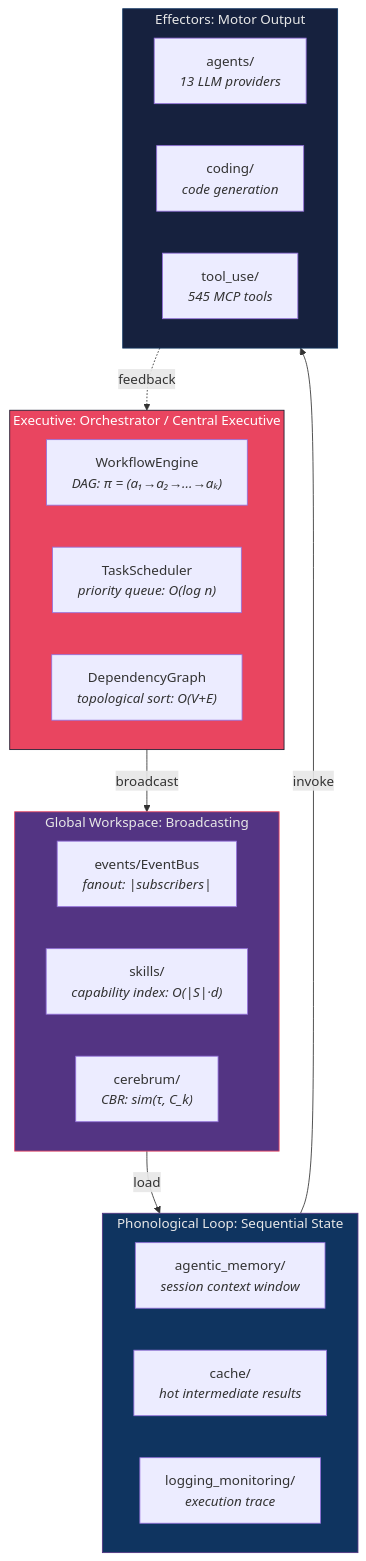
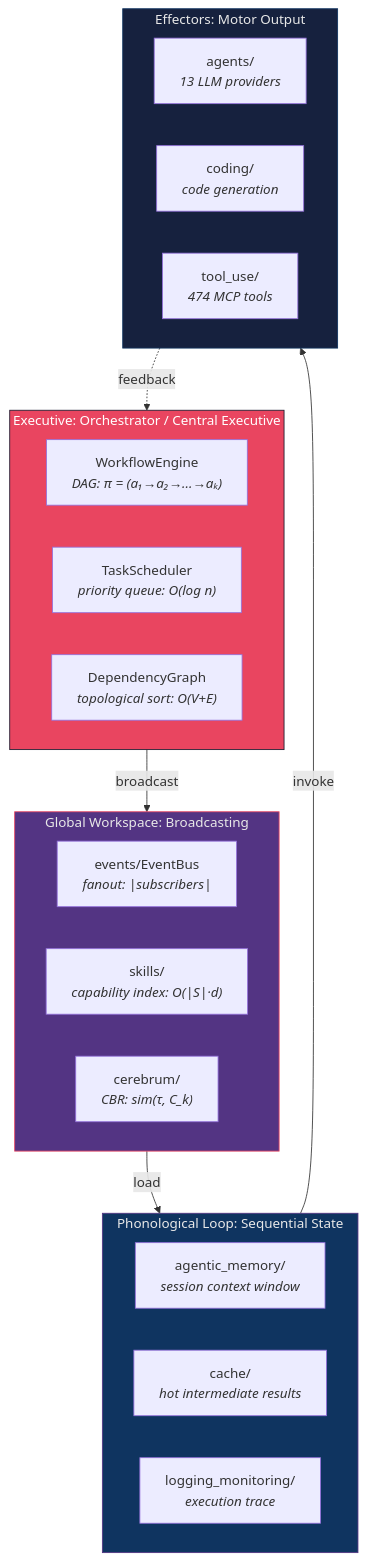
Before and after one commit to docxology/codomyrmex: the first of 2 diagrams in docs/agi/orchestration_as_cognition.md, drawn with Mermaid. The commit also changed 44 other files, not shown here.

````diff
--- a/docs/agi/orchestration_as_cognition.md
+++ b/docs/agi/orchestration_as_cognition.md
@@ -13,36 +13,36 @@
 ```mermaid
 graph TB
     subgraph EXECUTIVE["Executive: Orchestrator / Central Executive"]
         WE["WorkflowEngine<br/><i>DAG: π = (a₁→a₂→...→aₖ)</i>"]
         TS["TaskScheduler<br/><i>priority queue: O(log n)</i>"]
         DG["DependencyGraph<br/><i>topological sort: O(V+E)</i>"]
     end
 
     subgraph WORKSPACE["Global Workspace: Broadcasting"]
         EVENTS["events/EventBus<br/><i>fanout: |subscribers|</i>"]
         SKILLS["skills/<br/><i>capability index: O(|S|·d)</i>"]
         CEREB["cerebrum/<br/><i>CBR: sim(τ, C_k)</i>"]
     end
 
     subgraph PHONOLOGICAL["Phonological Loop: Sequential State"]
         AMEM["agentic_memory/<br/><i>session context window</i>"]
         CACHE["cache/<br/><i>hot intermediate results</i>"]
         LOG["logging_monitoring/<br/><i>execution trace</i>"]
     end
 
     subgraph EFFECTORS["Effectors: Motor Output"]
         AGENTS["agents/<br/><i>13 LLM providers</i>"]
         CODING["coding/<br/><i>code generation</i>"]
-        TOOLS["tool_use/<br/><i>545 MCP tools</i>"]
+        TOOLS["tool_use/<br/><i>474 MCP tools</i>"]
     end
 
     EXECUTIVE -->|"broadcast"| WORKSPACE
     WORKSPACE -->|"load"| PHONOLOGICAL
     PHONOLOGICAL -->|"invoke"| EFFECTORS
     EFFECTORS -.->|"feedback"| EXECUTIVE
 
     style EXECUTIVE fill:#e94560,stroke:#1a1a2e,color:#fff
     style WORKSPACE fill:#533483,stroke:#e94560,color:#e8e8e8
     style PHONOLOGICAL fill:#0f3460,stroke:#533483,color:#e8e8e8
     style EFFECTORS fill:#16213e,stroke:#0f3460,color:#e8e8e8
 ```
````
